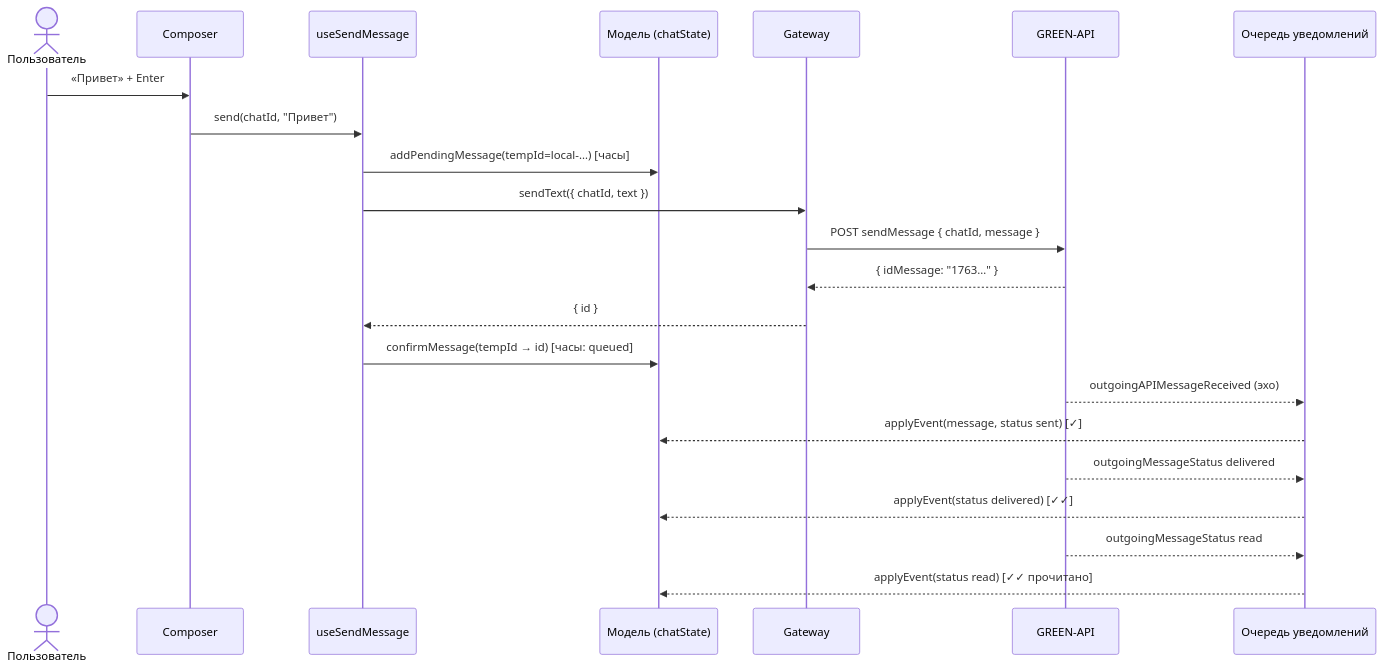
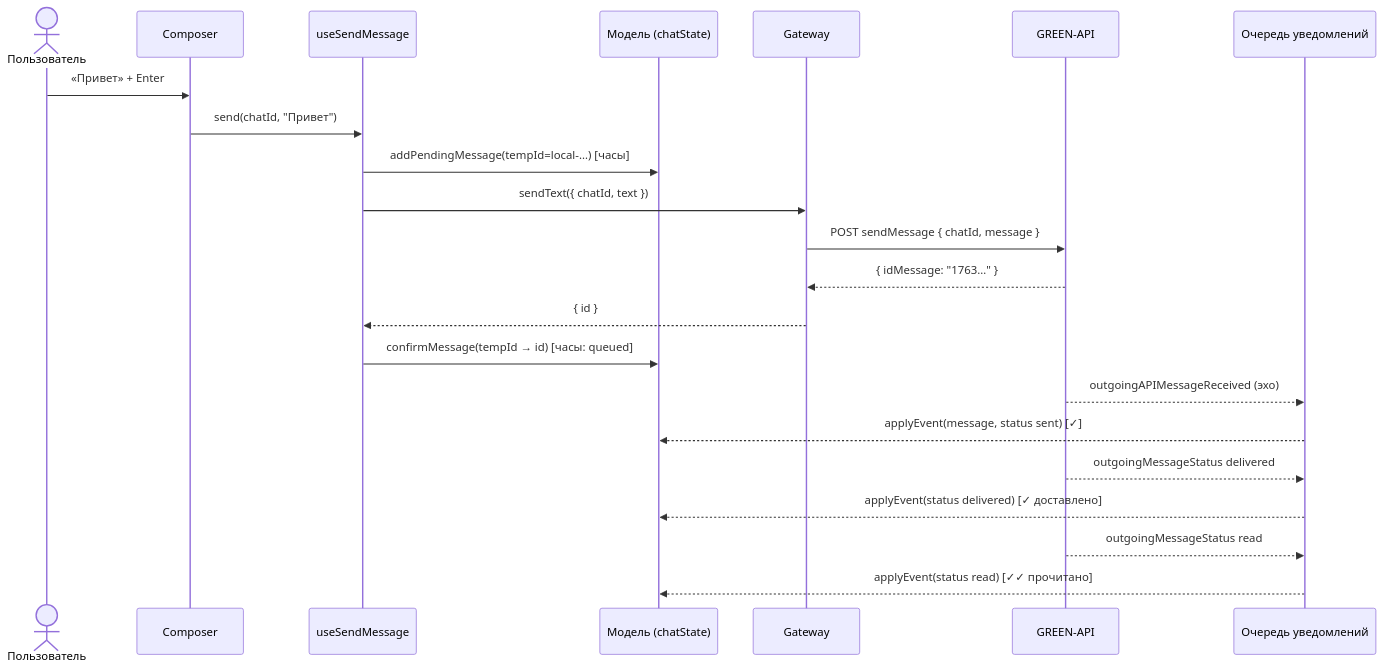
The fifth of 5 diagrams in HOWITWORKS.md (Lohengrin14/max-web-chat), drawn with Mermaid before and after one commit. The commit also changed other lines of this file and 2 other files, not shown here.

First line of the commit message:
Галочки как в MAX: доставлено — одна, прочитано — две

````diff
--- a/HOWITWORKS.md
+++ b/HOWITWORKS.md
@@ -411,25 +411,25 @@
 ```mermaid
 sequenceDiagram
     actor U as Пользователь
     participant C as Composer
     participant H as useSendMessage
     participant M as Модель (chatState)
     participant G as Gateway
     participant API as GREEN-API
     participant Q as Очередь уведомлений
 
     U->>C: «Привет» + Enter
     C->>H: send(chatId, "Привет")
     H->>M: addPendingMessage(tempId=local-…)  [часы]
     H->>G: sendText({ chatId, text })
     G->>API: POST sendMessage { chatId, message }
     API-->>G: { idMessage: "1763…" }
     G-->>H: { id }
     H->>M: confirmMessage(tempId → id)          [часы: queued]
     API-->>Q: outgoingAPIMessageReceived (эхо)
     Q-->>M: applyEvent(message, status sent)    [✓]
     API-->>Q: outgoingMessageStatus delivered
-    Q-->>M: applyEvent(status delivered)        [✓✓]
+    Q-->>M: applyEvent(status delivered)        [✓ доставлено]
     API-->>Q: outgoingMessageStatus read
     Q-->>M: applyEvent(status read)             [✓✓ прочитано]
 ```
````
